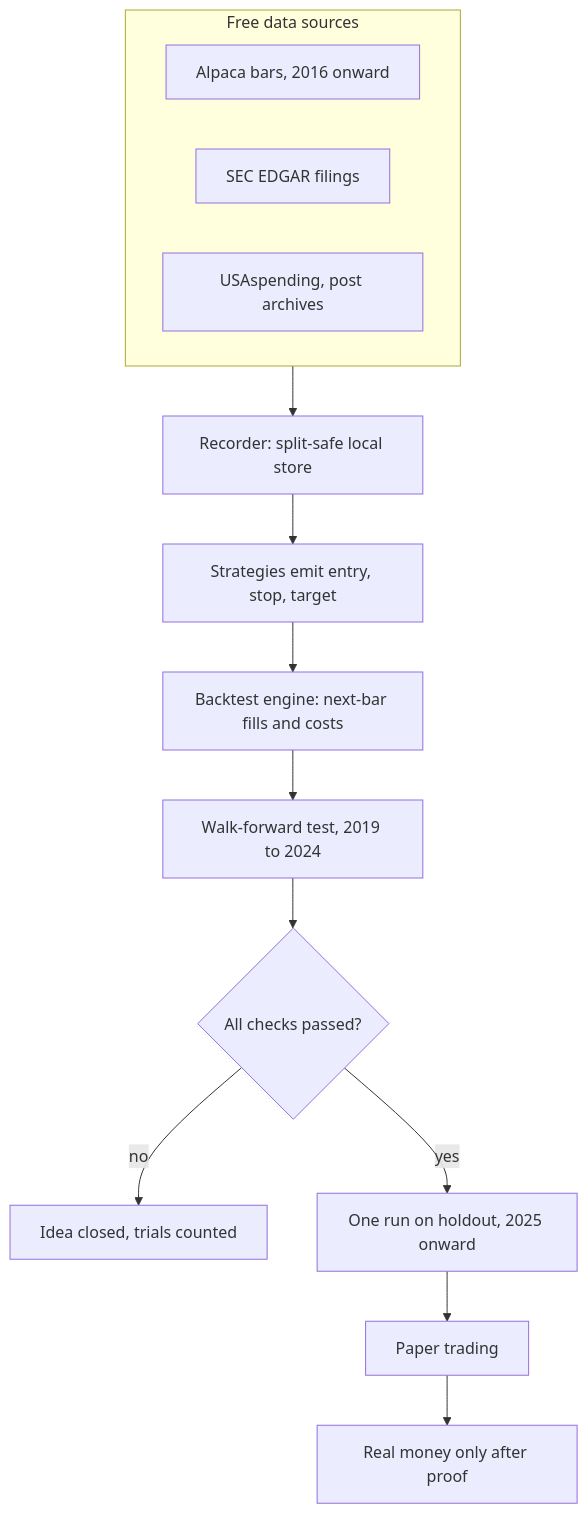
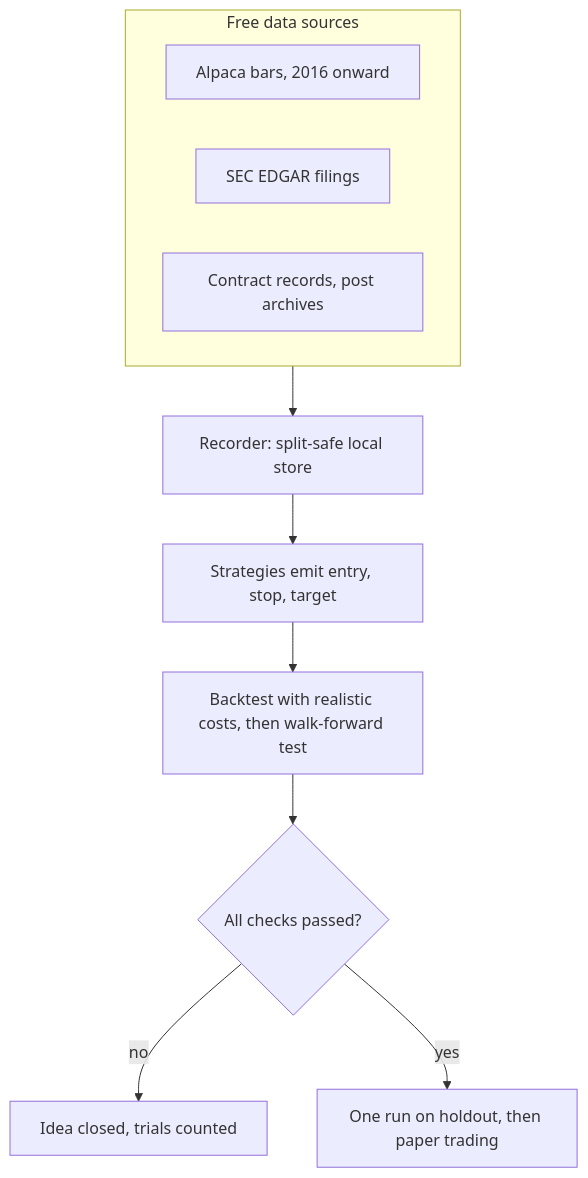
The diagram in docs/diagrams/pipeline.mmd (Malekhalifa/sift), drawn with Mermaid before and after one commit. The commit also changed 12 other files, not shown here.

```diff
--- a/docs/diagrams/pipeline.mmd
+++ b/docs/diagrams/pipeline.mmd
@@ -1,15 +1,12 @@
 flowchart TD
   subgraph SRC[Free data sources]
     A1[Alpaca bars, 2016 onward]
     A2[SEC EDGAR filings]
-    A3[USAspending, post archives]
+    A3[Contract records, post archives]
   end
   SRC --> B[Recorder: split-safe local store]
   B --> C[Strategies emit entry, stop, target]
-  C --> D[Backtest engine: next-bar fills and costs]
-  D --> E[Walk-forward test, 2019 to 2024]
-  E --> F{All checks passed?}
+  C --> D[Backtest with realistic costs, then walk-forward test]
+  D --> F{All checks passed?}
   F -- no --> G[Idea closed, trials counted]
-  F -- yes --> H[One run on holdout, 2025 onward]
-  H --> I[Paper trading]
-  I --> J[Real money only after proof]
+  F -- yes --> H[One run on holdout, then paper trading]
```
